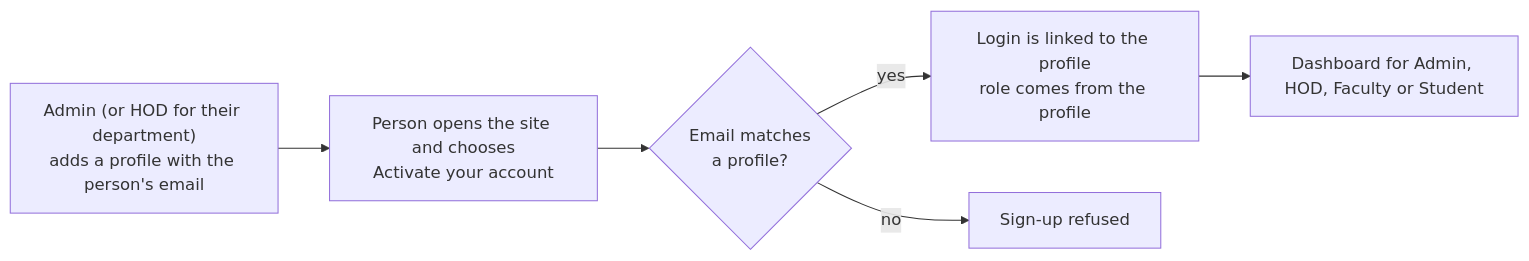
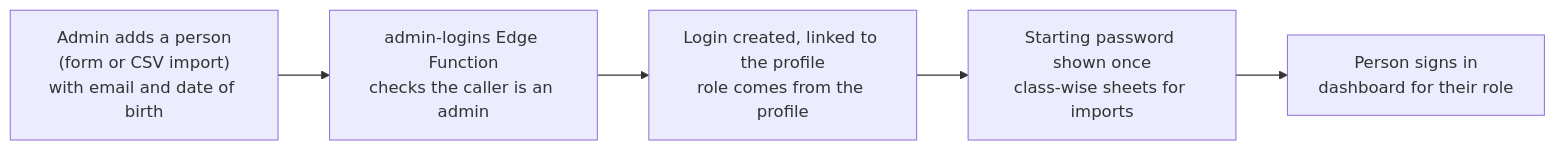
Before and after one commit to AmarSai01/campusnex: the third of 4 diagrams in README.md, drawn with Mermaid. The commit also changed other lines of this file and 3 other files, not shown here.

Commit message:
Remove self-activation code; READMEs describe admin-created logins (diagram, setup steps)

````diff
--- a/README.md
+++ b/README.md
@@ -114,8 +114,7 @@
 ```mermaid
 flowchart LR
-  A["Admin (or HOD for their department)<br/>adds a profile with the person's email"] --> B["Person opens the site and chooses<br/>Activate your account"]
-  B --> C{"Email matches<br/>a profile?"}
-  C -- yes --> D["Login is linked to the profile<br/>role comes from the profile"]
-  C -- no --> E["Sign-up refused"]
-  D --> F["Dashboard for Admin, HOD, Faculty or Student"]
+  A["Admin adds a person<br/>(form or CSV import)<br/>with email and date of birth"] --> B["admin-logins Edge Function<br/>checks the caller is an admin"]
+  B --> C["Login created, linked to the profile<br/>role comes from the profile"]
+  C --> D["Starting password shown once<br/>class-wise sheets for imports"]
+  D --> E["Person signs in<br/>dashboard for their role"]
 ```
````
